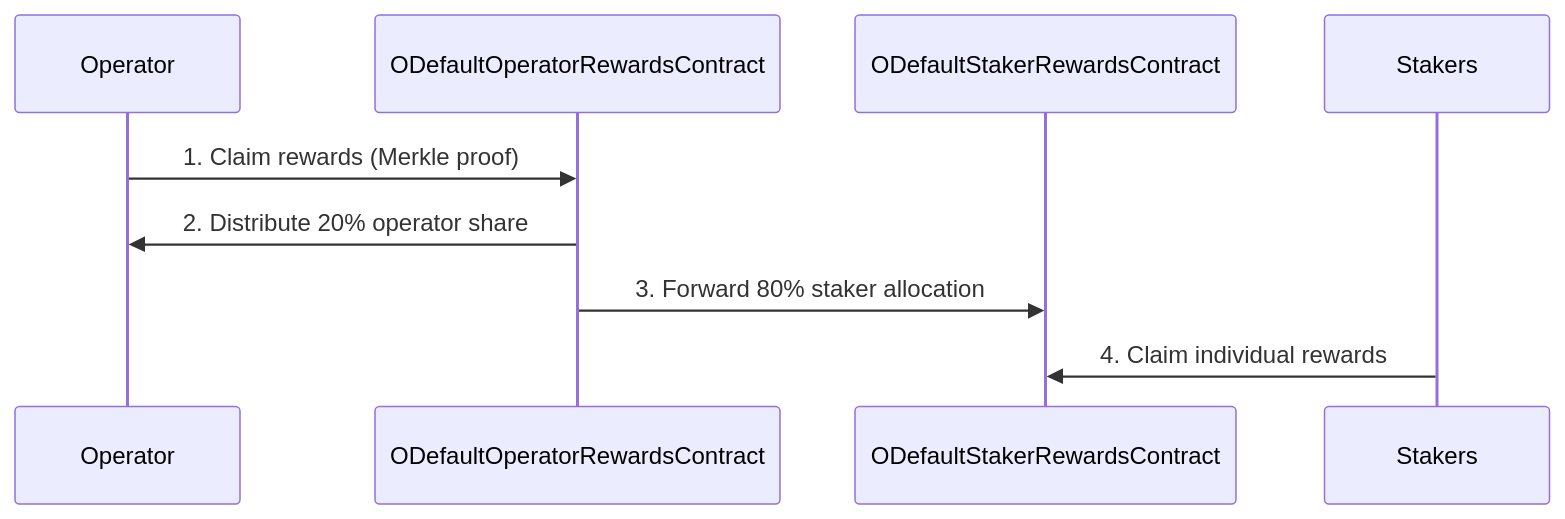
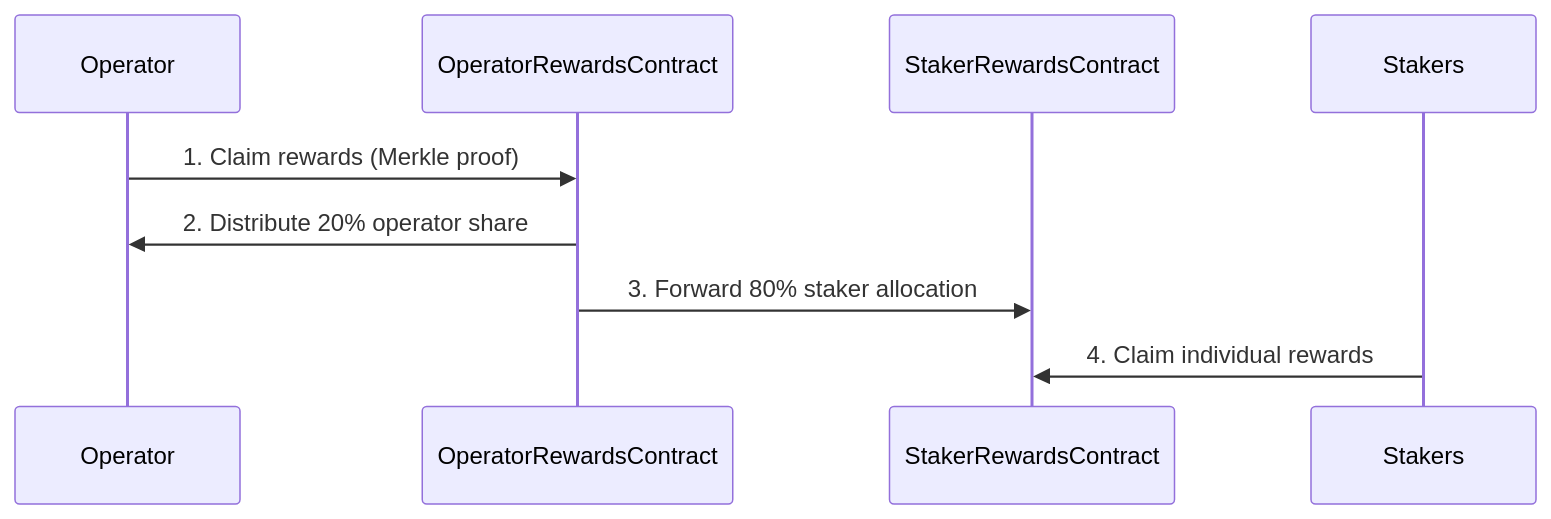
The fourth of 4 diagrams in learn/tanssi/external-security-providers/symbiotic.md (moondance-labs/tanssi-docs), drawn with Mermaid before and after one commit. The commit also changed other lines of this file, not shown here.

Commit message:
docs: rework the rewards docs

````diff
--- a/learn/tanssi/external-security-providers/symbiotic.md
+++ b/learn/tanssi/external-security-providers/symbiotic.md
@@ -154,12 +155,12 @@
 ```mermaid
 sequenceDiagram
     participant Operator
-    participant ODefaultOperatorRewardsContract
-    participant ODefaultStakerRewardsContract
+    participant OperatorRewardsContract
+    participant StakerRewardsContract
     participant Stakers
 
-    Operator->>ODefaultOperatorRewardsContract: 1. Claim rewards (Merkle proof)
-    ODefaultOperatorRewardsContract->>Operator: 2. Distribute 20% operator share
-    ODefaultOperatorRewardsContract->>ODefaultStakerRewardsContract: 3. Forward 80% staker allocation
-    Stakers->>ODefaultStakerRewardsContract: 4. Claim individual rewards
+    Operator->>OperatorRewardsContract: 1. Claim rewards (Merkle proof)
+    OperatorRewardsContract->>Operator: 2. Distribute 20% operator share
+    OperatorRewardsContract->>StakerRewardsContract: 3. Forward 80% staker allocation
+    Stakers->>StakerRewardsContract: 4. Claim individual rewards
 ```
````
